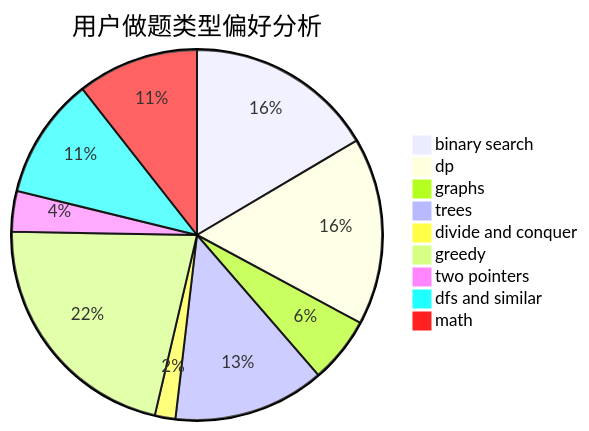
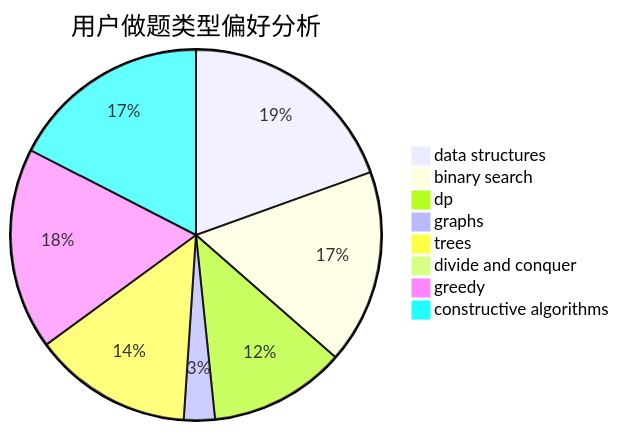
One commit to sherpahu/cfrs.github.io changed the second of 3 diagrams in docs/user/u1705.md. Above: the diagram before and after it, drawn with Mermaid. The commit also changed other lines of this file and 2775 other files, not shown here.

````diff
--- a/docs/user/u1705.md
+++ b/docs/user/u1705.md
@@ -23,12 +23,11 @@
 ```mermaid
 pie title 用户做题类型偏好分析
-    "binary search" :  257
-    "dp" :  255
-    "graphs" :  90
-    "trees" :  206
-    "divide and conquer" :  28
-    "greedy" :  337
-    "two pointers" :  55
-    "dfs and similar" :  165
-    "math" :  165
+    "data structures" :  267
+    "binary search" :  232
+    "dp" :  163
+    "graphs" :  37
+    "trees" :  190
+    "divide and conquer" :  3
+    "greedy" :  241
+    "constructive algorithms" :  239
 ```
````
